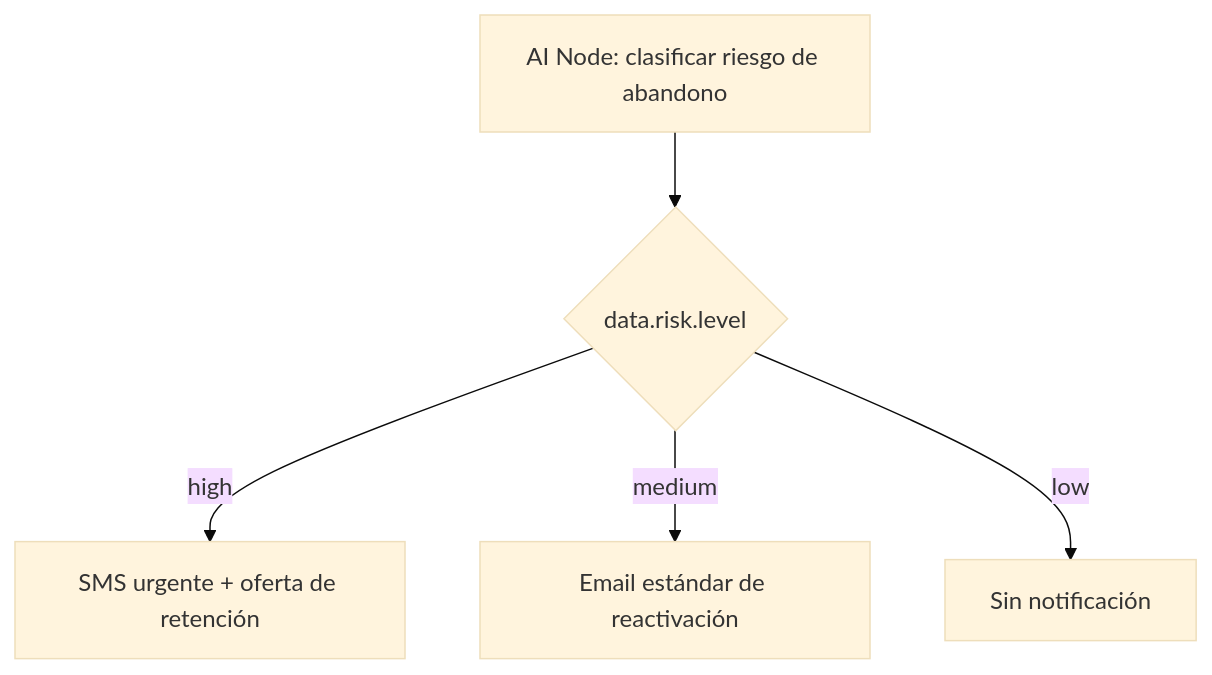
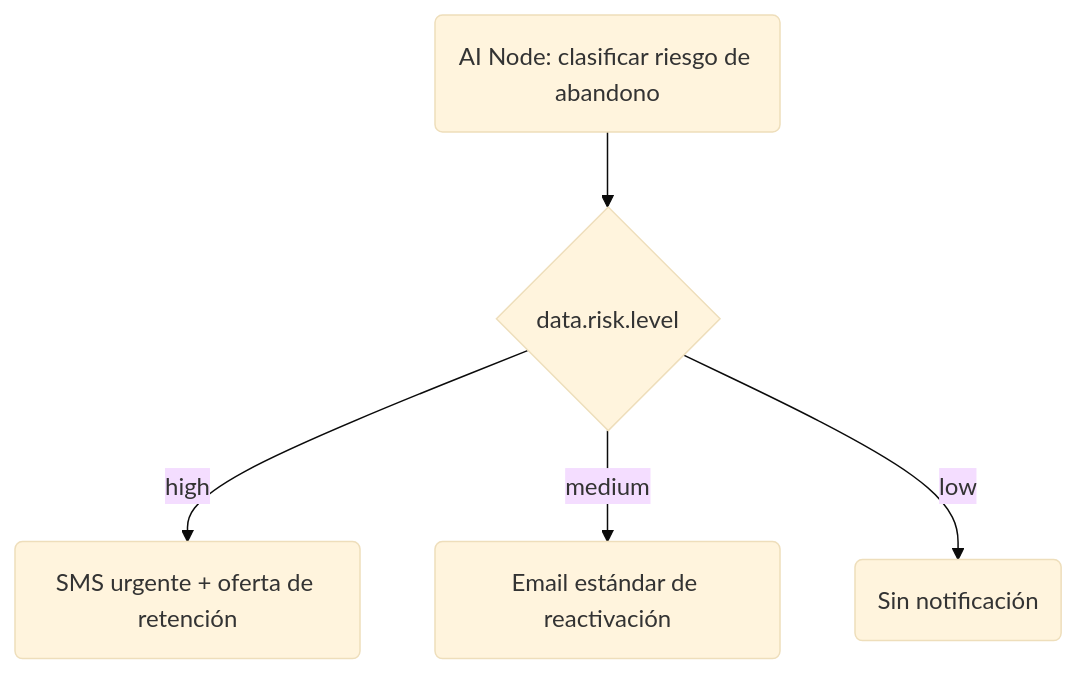
One commit to KriyanshKhunt/nexus_docs changed the second of 2 diagrams in content/docs/es/platform/features/ai-workflow-node.mdx. Above: the diagram before and after it, drawn with Mermaid (base theme). The commit also changed other lines of this file and 20 other files, not shown here.

Commit message:
Handle es Mermaid charts

````diff
--- a/content/docs/es/platform/features/ai-workflow-node.mdx
+++ b/content/docs/es/platform/features/ai-workflow-node.mdx
@@ -73,7 +73,7 @@
 ```mermaid
 flowchart TD
-  AI[AI Node: clasificar riesgo de abandono] --> C{data.risk.level}
-  C -->|high| SMS[SMS urgente + oferta de retención]
-  C -->|medium| Email[Email estándar de reactivación]
-  C -->|low| Skip[Sin notificación]
+  AI(AI Node: clasificar riesgo de abandono) --> C{data.risk.level}
+  C -->|high| SMS(SMS urgente + oferta de retención)
+  C -->|medium| Email(Email estándar de reactivación)
+  C -->|low| Skip(Sin notificación)
 ```
````
